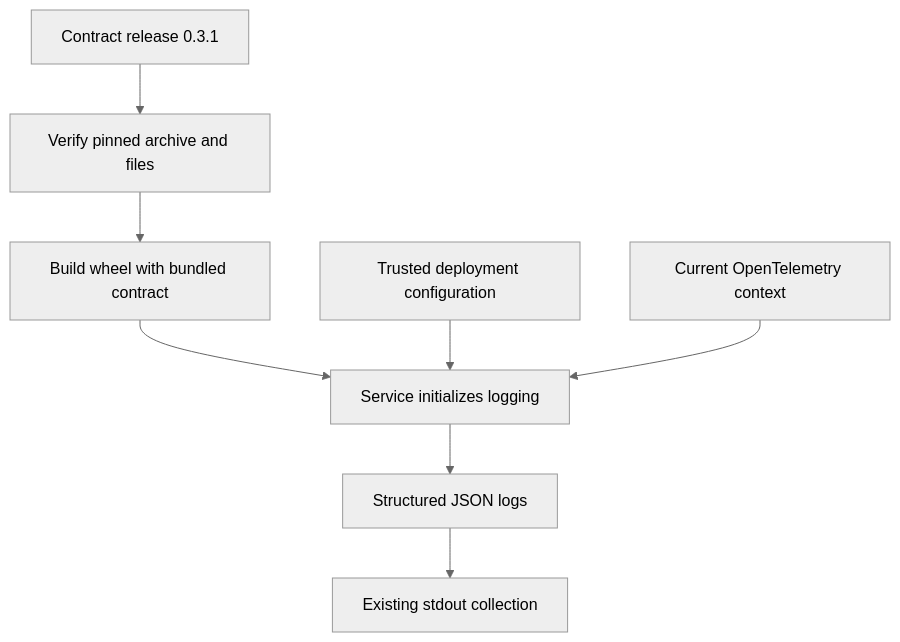
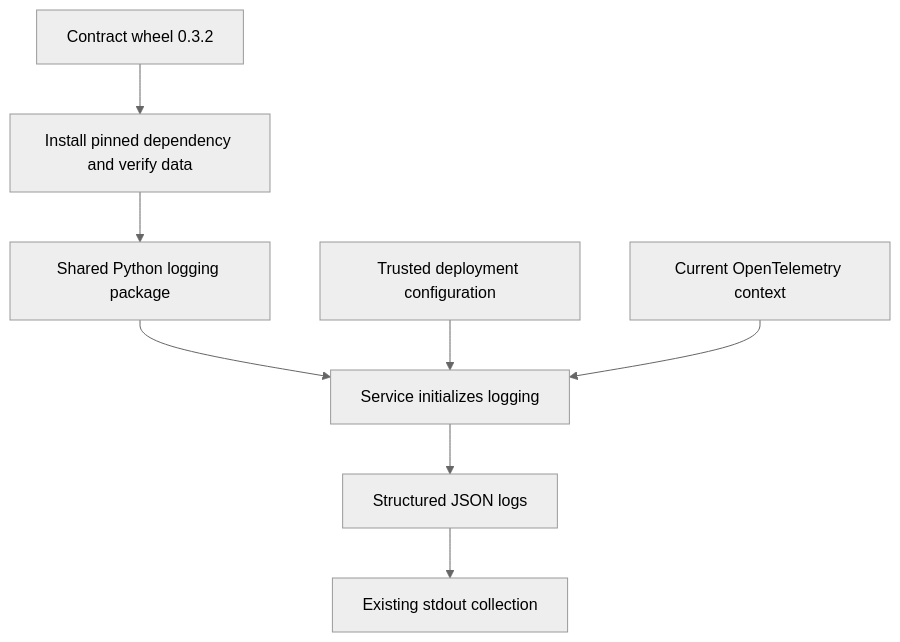
The first of 2 diagrams in python/packages/observability/README.md (onenexus-team/onenexus-sdks), drawn with Mermaid (neutral theme) before and after one commit. The commit also changed other lines of this file and 14 other files, not shown here.

Commit message:
refactor: install released log contract as Python dependency

````diff
--- a/python/packages/observability/README.md
+++ b/python/packages/observability/README.md
@@ -5,10 +5,10 @@
 ```mermaid
 flowchart TD
-    R[Contract release 0.3.1] --> V[Verify pinned archive and files]
-    V --> W[Build wheel with bundled contract]
+    R[Contract wheel 0.3.2] --> V[Install pinned dependency and verify data]
+    V --> W[Shared Python logging package]
     W --> S[Service initializes logging]
     D[Trusted deployment configuration] --> S
     C[Current OpenTelemetry context] --> S
     S --> L[Structured JSON logs]
     L --> P[Existing stdout collection]
 ```
````
